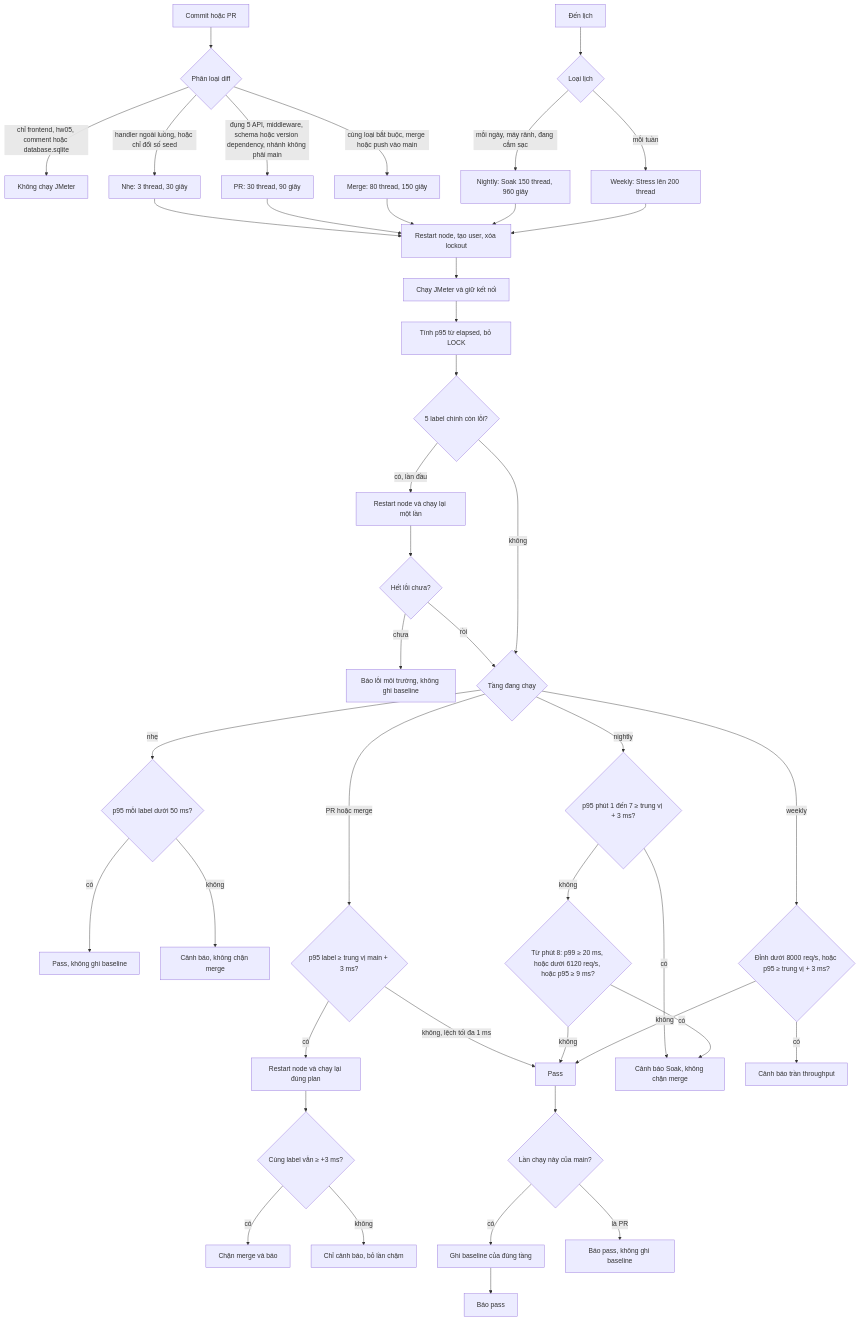
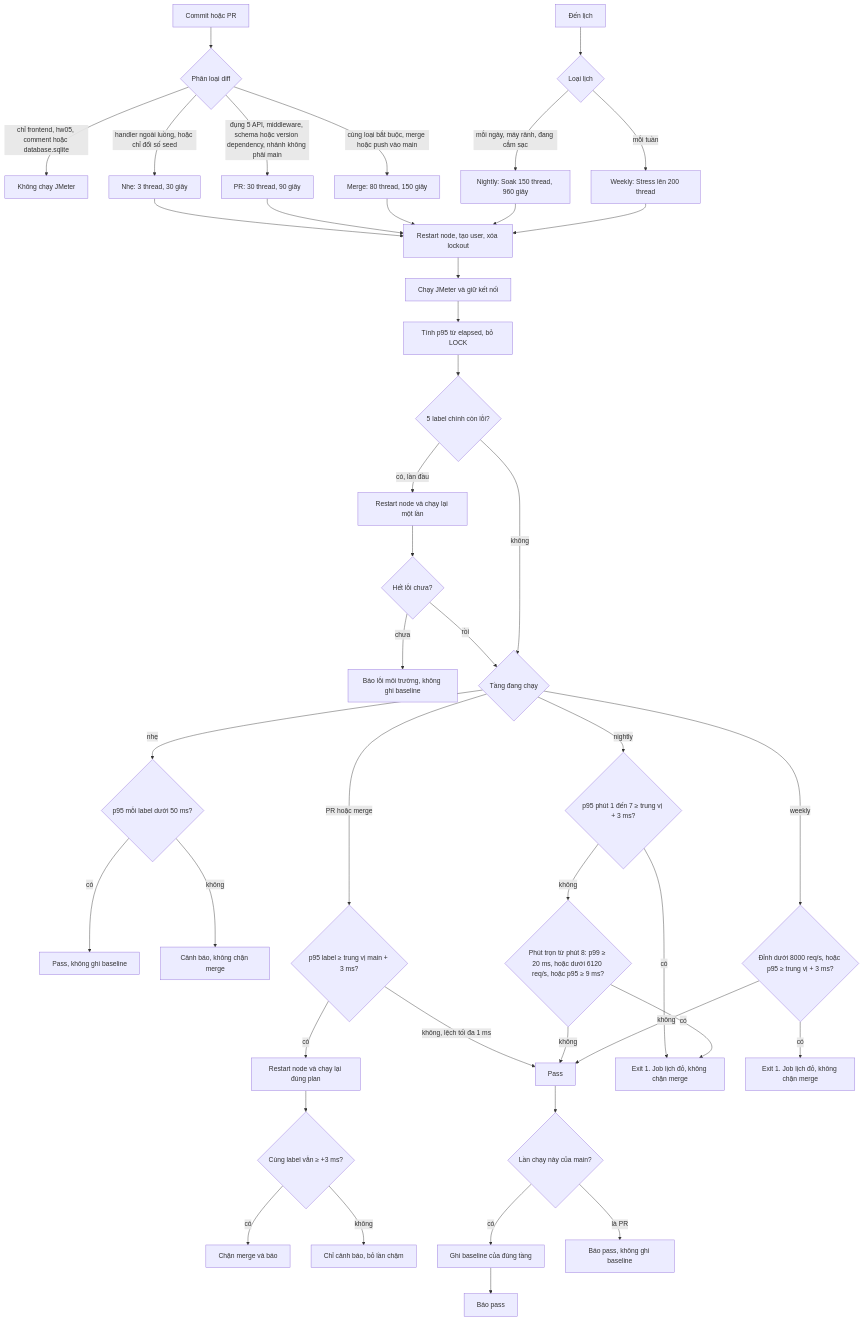
Before and after one commit to Taylor3691/eshop-sut: the diagram in hw05/PERF_PIPELINE_FLOW.md, drawn with Mermaid. The commit also changed other lines of this file and 2 other files, not shown here.

Commit message:
hw05: sửa nightly báo động giả và mã thoát của p95_regression.py
- Nightly bỏ phút ramp-up và phút cuối không đủ 60 giây (trước đây phút 16 chỉ 144 sample trong 34 ms bị tính 4235 req/s)
- Nightly/weekly trả exit 1, job lịch báo đỏ nhưng không chặn merge; thống nhất với PERF_PIPELINE_FLOW.md
- Thiếu file .jtl hoặc baseline trả exit 3 thay vì exit 2

````diff
--- a/hw05/PERF_PIPELINE_FLOW.md
+++ b/hw05/PERF_PIPELINE_FLOW.md
@@ -5,53 +5,53 @@
 ```mermaid
 flowchart TD
   pr["Commit hoặc PR"] --> kind{"Phân loại diff"}
   kind -->|"chỉ frontend, hw05, comment hoặc database.sqlite"| skip["Không chạy JMeter"]
   kind -->|"handler ngoài luồng, hoặc chỉ đổi số seed"| light["Nhẹ: 3 thread, 30 giây"]
   kind -->|"đụng 5 API, middleware, schema hoặc version dependency, nhánh không phải main"| prPlan["PR: 30 thread, 90 giây"]
   kind -->|"cùng loại bắt buộc, merge hoặc push vào main"| mergePlan["Merge: 80 thread, 150 giây"]
 
   clock["Đến lịch"] --> when{"Loại lịch"}
   when -->|"mỗi ngày, máy rảnh, đang cắm sạc"| soak["Nightly: Soak 150 thread, 960 giây"]
   when -->|"mỗi tuần"| stress["Weekly: Stress lên 200 thread"]
 
   light --> prep["Restart node, tạo user, xóa lockout"]
   prPlan --> prep
   mergePlan --> prep
   soak --> prep
   stress --> prep
 
   prep --> run["Chạy JMeter và giữ kết nối"]
   run --> calc["Tính p95 từ elapsed, bỏ LOCK"]
   calc --> ok{"5 label chính còn lỗi?"}
   ok -->|"có, lần đầu"| retryEnv["Restart node và chạy lại một lần"]
   retryEnv --> ok2{"Hết lỗi chưa?"}
   ok2 -->|"chưa"| badEnv["Báo lỗi môi trường, không ghi baseline"]
   ok2 -->|"rồi"| gate{"Tầng đang chạy"}
   ok -->|"không"| gate
 
   gate -->|"nhẹ"| gLight{"p95 mỗi label dưới 50 ms?"}
   gLight -->|"có"| passLight["Pass, không ghi baseline"]
   gLight -->|"không"| warnLight["Cảnh báo, không chặn merge"]
 
   gate -->|"PR hoặc merge"| cmp{"p95 label ≥ trung vị main + 3 ms?"}
   cmp -->|"không, lệch tối đa 1 ms"| pass["Pass"]
   cmp -->|"có"| confirm["Restart node và chạy lại đúng plan"]
   confirm --> cmp2{"Cùng label vẫn ≥ +3 ms?"}
   cmp2 -->|"có"| block["Chặn merge và báo"]
   cmp2 -->|"không"| warn["Chỉ cảnh báo, bỏ lần chậm"]
 
   gate -->|"nightly"| nEarly{"p95 phút 1 đến 7 ≥ trung vị + 3 ms?"}
-  nEarly -->|"có"| warnNight["Cảnh báo Soak, không chặn merge"]
-  nEarly -->|"không"| nLate{"Từ phút 8: p99 ≥ 20 ms, hoặc dưới 6120 req/s, hoặc p95 ≥ 9 ms?"}
+  nEarly -->|"có"| warnNight["Exit 1. Job lịch đỏ, không chặn merge"]
+  nEarly -->|"không"| nLate{"Phút trọn từ phút 8: p99 ≥ 20 ms, hoặc dưới 6120 req/s, hoặc p95 ≥ 9 ms?"}
   nLate -->|"có"| warnNight
   nLate -->|"không"| pass
 
   gate -->|"weekly"| w{"Đỉnh dưới 8000 req/s, hoặc p95 ≥ trung vị + 3 ms?"}
-  w -->|"có"| warnWeek["Cảnh báo trần throughput"]
+  w -->|"có"| warnWeek["Exit 1. Job lịch đỏ, không chặn merge"]
   w -->|"không"| pass
 
   pass --> dest{"Lần chạy này của main?"}
   dest -->|"có"| save["Ghi baseline của đúng tầng"]
   dest -->|"là PR"| tellPr["Báo pass, không ghi baseline"]
   save --> tellMain["Báo pass"]
 ```
````
